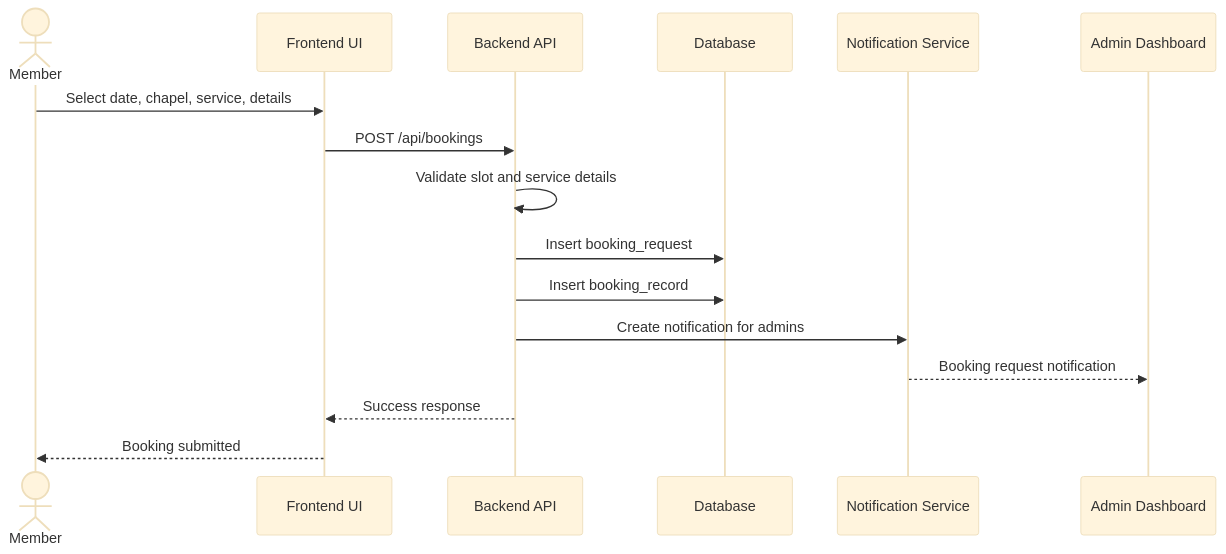
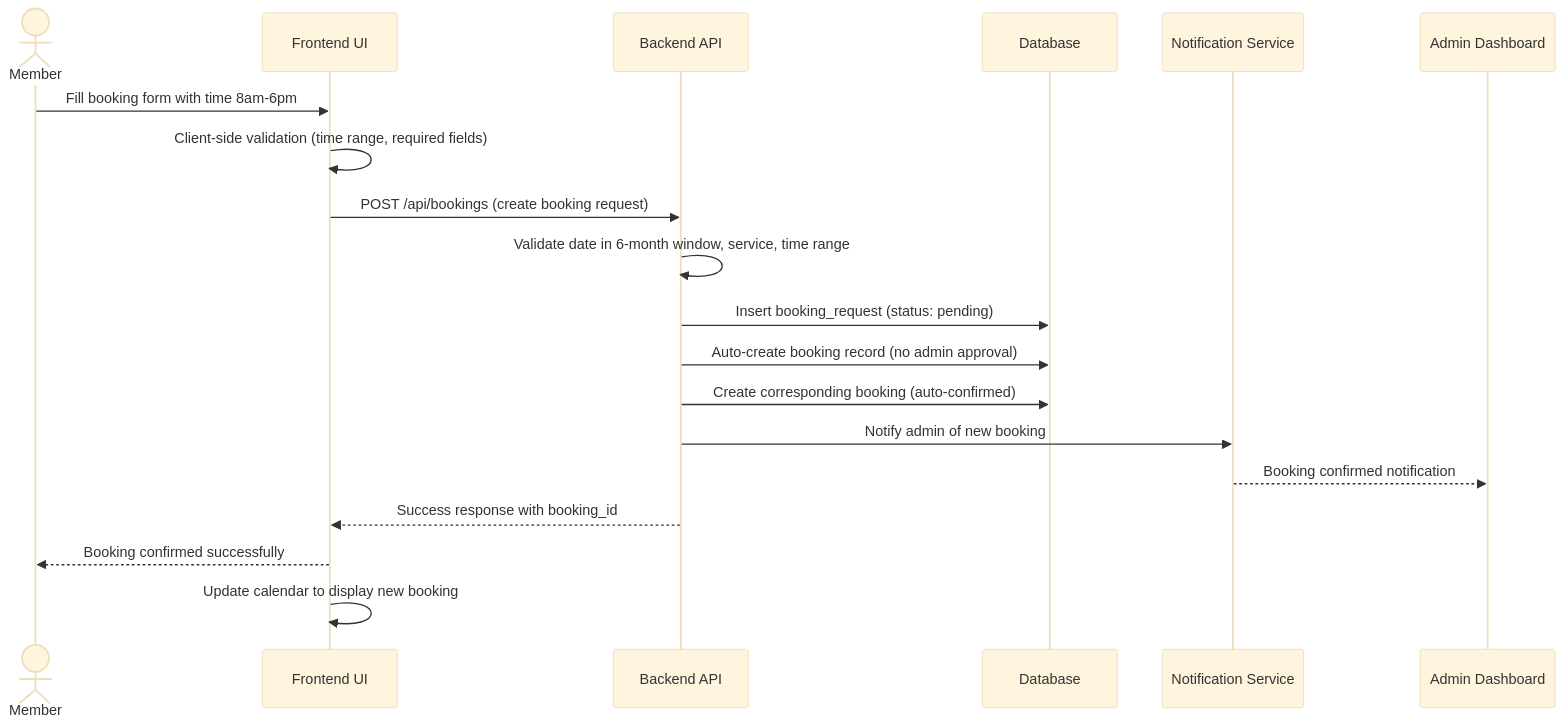
Before and after one commit to rcamarig-boop/church-booking-system: the third of 7 diagrams in PROJECT_DIAGRAMS.md, drawn with Mermaid (base theme). The commit also changed other lines of this file, not shown here.

Commit message:
doc: Update PROJECT_DIAGRAMS with responsive design, auto-booking workflow, and mobile patterns

````diff
--- a/PROJECT_DIAGRAMS.md
+++ b/PROJECT_DIAGRAMS.md
@@ -78,19 +89,22 @@
 ```mermaid
 sequenceDiagram
   actor Member
   participant UI as Frontend UI
   participant API as Backend API
   participant DB as Database
   participant N as Notification Service
   participant Admin as Admin Dashboard
 
-  Member->>UI: Select date, chapel, service, details
-  UI->>API: POST /api/bookings
-  API->>API: Validate slot and service details
-  API->>DB: Insert booking_request
-  API->>DB: Insert booking_record
-  API->>N: Create notification for admins
-  N-->>Admin: Booking request notification
-  API-->>UI: Success response
-  UI-->>Member: Booking submitted
+  Member->>UI: Fill booking form with time 8am-6pm
+  UI->>UI: Client-side validation (time range, required fields)
+  UI->>API: POST /api/bookings (create booking request)
+  API->>API: Validate date in 6-month window, service, time range
+  API->>DB: Insert booking_request (status: pending)
+  API->>DB: Auto-create booking record (no admin approval)
+  API->>DB: Create corresponding booking (auto-confirmed)
+  API->>N: Notify admin of new booking
+  N-->>Admin: Booking confirmed notification
+  API-->>UI: Success response with booking_id
+  UI-->>Member: Booking confirmed successfully
+  UI->>UI: Update calendar to display new booking
 ```
````
